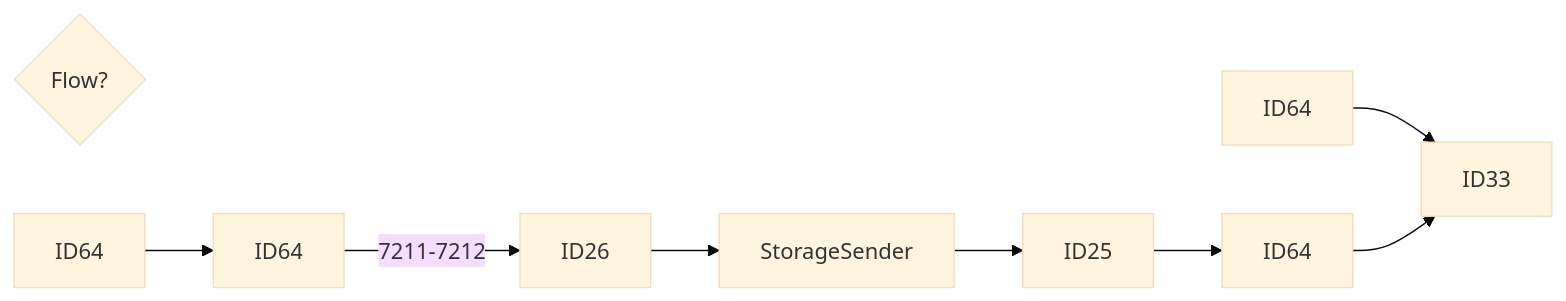
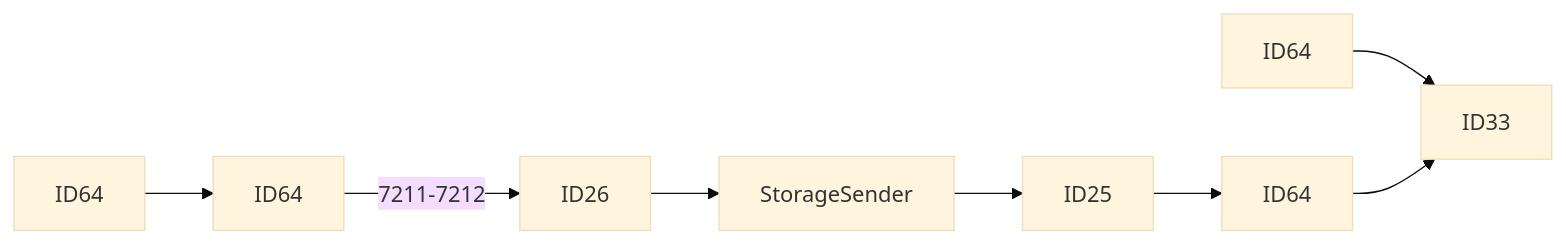
The third of 25 diagrams in Basic-Design/DFD-WMS/Storage/Palletizing-Settting/Palletize-Start.md (luthfiadityaa/SimeDarby-Wiki), drawn with Mermaid (base theme) before and after one commit.

Commit message:
Updated Palletize Start

```diff
--- a/Basic-Design/DFD-WMS/Storage/Palletizing-Settting/Palletize-Start.md
+++ b/Basic-Design/DFD-WMS/Storage/Palletizing-Settting/Palletize-Start.md
@@ -27,9 +27,8 @@
 ::: mermaid
 flowchart LR
 
-Cond2{Flow?}
 P18[ID64]-->P19[ID64]--> |7211-7212| P20[ID26]-->P21[StorageSender]-->P22[ID25]-->P23[ID64]
 
 P13[ID64]-->P14[ID33]
 P23[ID64]-->P14[ID33]
 :::
```
